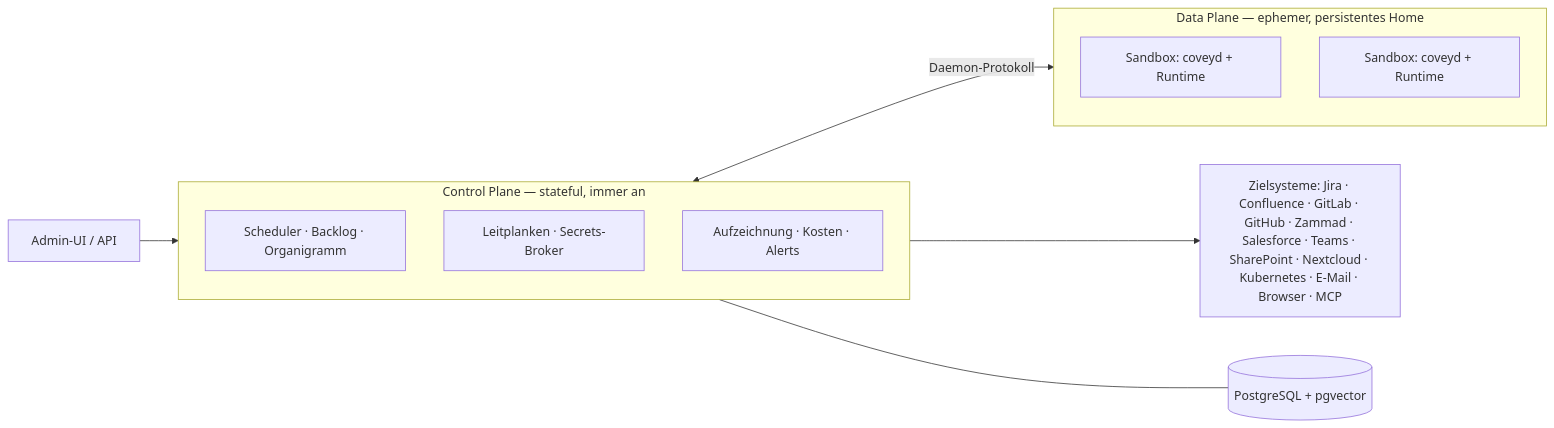
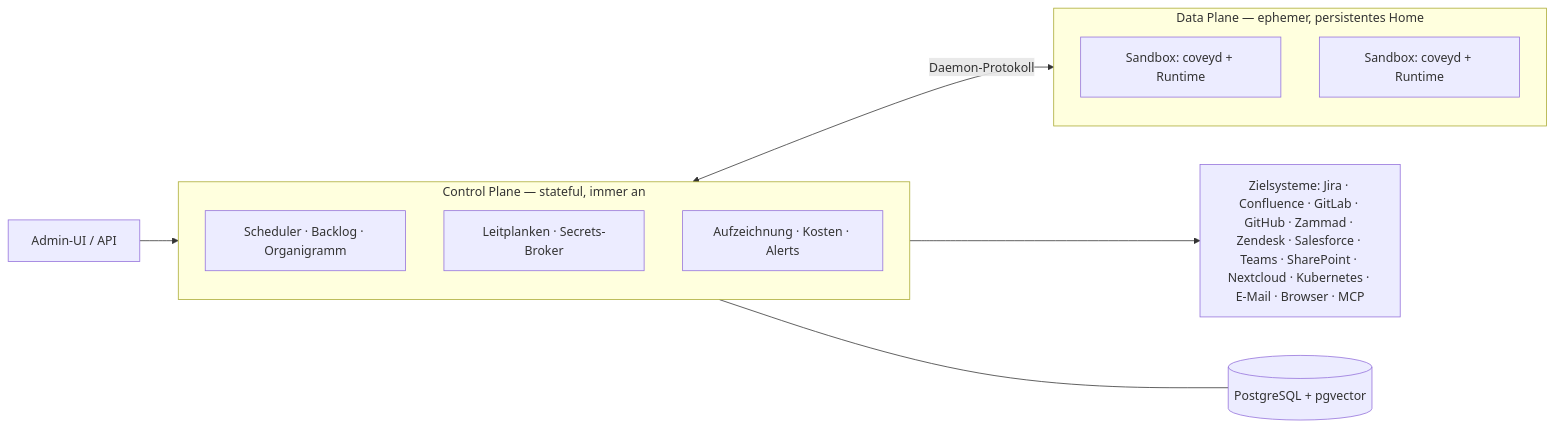
The diagram in README.de.md (benjaminLedel/covey), drawn with Mermaid before and after one commit. The commit also changed other lines of this file and 6 other files, not shown here.

First line of the commit message:
Zendesk: the runbook, in both languages, and the overviews that point at it (#198)

````diff
--- a/README.de.md
+++ b/README.de.md
@@ -114,21 +114,21 @@
 ```mermaid
 flowchart LR
     UI["Admin-UI / API"] --> CP
 
     subgraph CP["Control Plane — stateful, immer an"]
         direction TB
         SCHED["Scheduler · Backlog · Organigramm"]
         GUARD["Leitplanken · Secrets-Broker"]
         OBS["Aufzeichnung · Kosten · Alerts"]
     end
 
     subgraph DP["Data Plane — ephemer, persistentes Home"]
         direction TB
         S1["Sandbox: coveyd + Runtime"]
         S2["Sandbox: coveyd + Runtime"]
     end
 
     CP <-->|Daemon-Protokoll| DP
-    CP --> TS["Zielsysteme: Jira · Confluence · GitLab · GitHub · Zammad · Salesforce · Teams · SharePoint · Nextcloud · Kubernetes · E-Mail · Browser · MCP"]
+    CP --> TS["Zielsysteme: Jira · Confluence · GitLab · GitHub · Zammad · Zendesk · Salesforce · Teams · SharePoint · Nextcloud · Kubernetes · E-Mail · Browser · MCP"]
     CP --- DB[("PostgreSQL + pgvector")]
 ```
````
